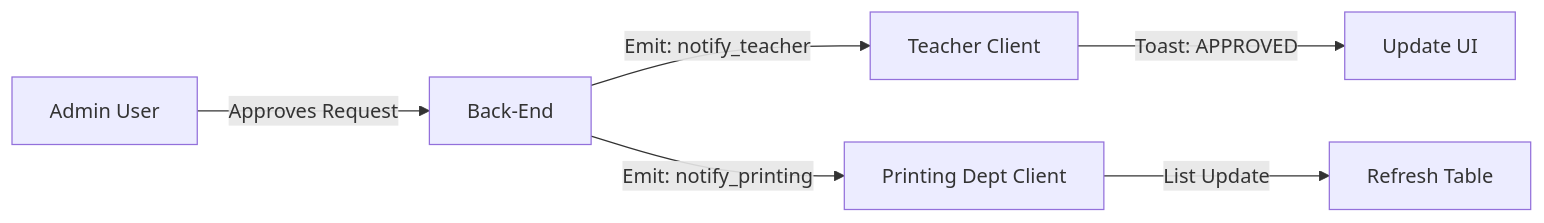
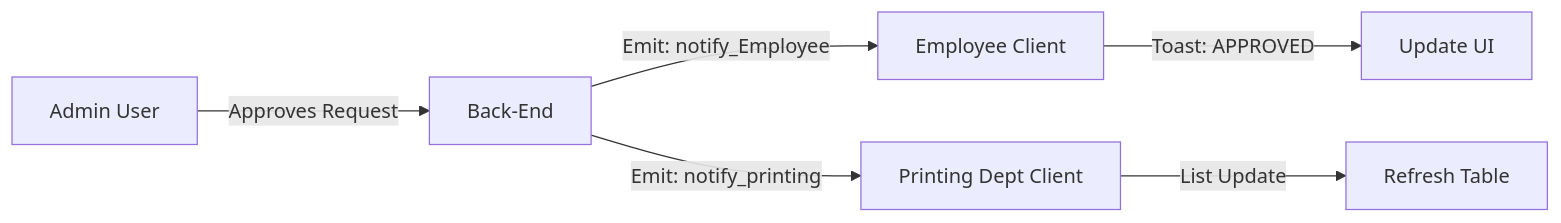
Before and after one commit to sh1vam-03/printportal: the diagram in docs/server/notification.md, drawn with Mermaid. The commit also changed other lines of this file and 10 other files, not shown here.

````diff
--- a/docs/server/notification.md
+++ b/docs/server/notification.md
@@ -15,9 +15,9 @@
 ```mermaid
 graph LR
     Admin[Admin User] -- "Approves Request" --> Server[Back-End]
-    Server -- "Emit: notify_teacher" --> Teacher[Teacher Client]
+    Server -- "Emit: notify_Employee" --> Employee[Employee Client]
     Server -- "Emit: notify_printing" --> Printing[Printing Dept Client]
     
-    Teacher -- "Toast: APPROVED" --> TeacherUI[Update UI]
+    Employee -- "Toast: APPROVED" --> EmployeeUI[Update UI]
     Printing -- "List Update" --> PrintUI[Refresh Table]
 ```
````
